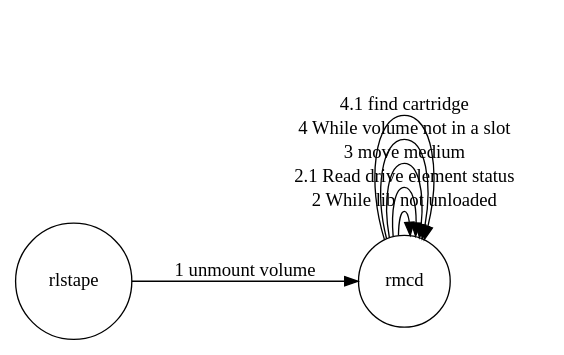
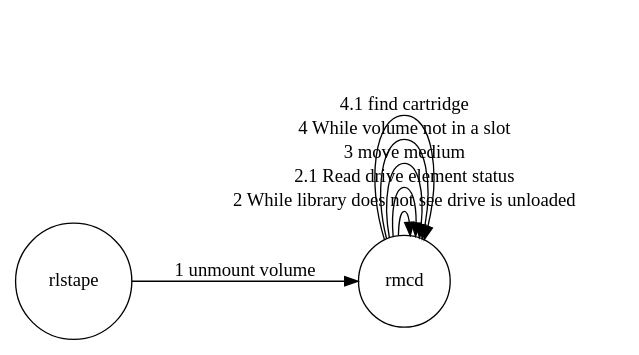
One commit to cern-cta/CTA changed the diagram in castor/tape/doc/collaboration_diagrams/rlstape_rmcd_scsi.dot. Above: the diagram before and after it, drawn with Graphviz.

Commit message:
Improved collaboration diagram.

```diff
--- a/castor/tape/doc/collaboration_diagrams/rlstape_rmcd_scsi.dot
+++ b/castor/tape/doc/collaboration_diagrams/rlstape_rmcd_scsi.dot
@@ -1,10 +1,10 @@
 digraph rlstape_rmcd_scsi {
 rankdir=LR;
 node [shape = circle];
-rlstape -> rmcd      [ label =  "1 unmount volume"                      ];
-rmcd    -> rmcd      [ label =  "2 While lib not unloaded"              ];
-rmcd    -> rmcd      [ label =    "2.1 Read drive element status"       ];
-rmcd    -> rmcd      [ label =  "3 move medium"                         ];
-rmcd    -> rmcd      [ label =  "4 While volume not in a slot"          ];
-rmcd    -> rmcd      [ label =    "4.1 find cartridge"                  ];
+rlstape -> rmcd [ label =  "1 unmount volume"                              ];
+rmcd    -> rmcd [ label =  "2 While library does not see drive is unloaded"];
+rmcd    -> rmcd [ label =    "2.1 Read drive element status"               ];
+rmcd    -> rmcd [ label =  "3 move medium"                                 ];
+rmcd    -> rmcd [ label =  "4 While volume not in a slot"                  ];
+rmcd    -> rmcd [ label =    "4.1 find cartridge"                          ];
 }
```
